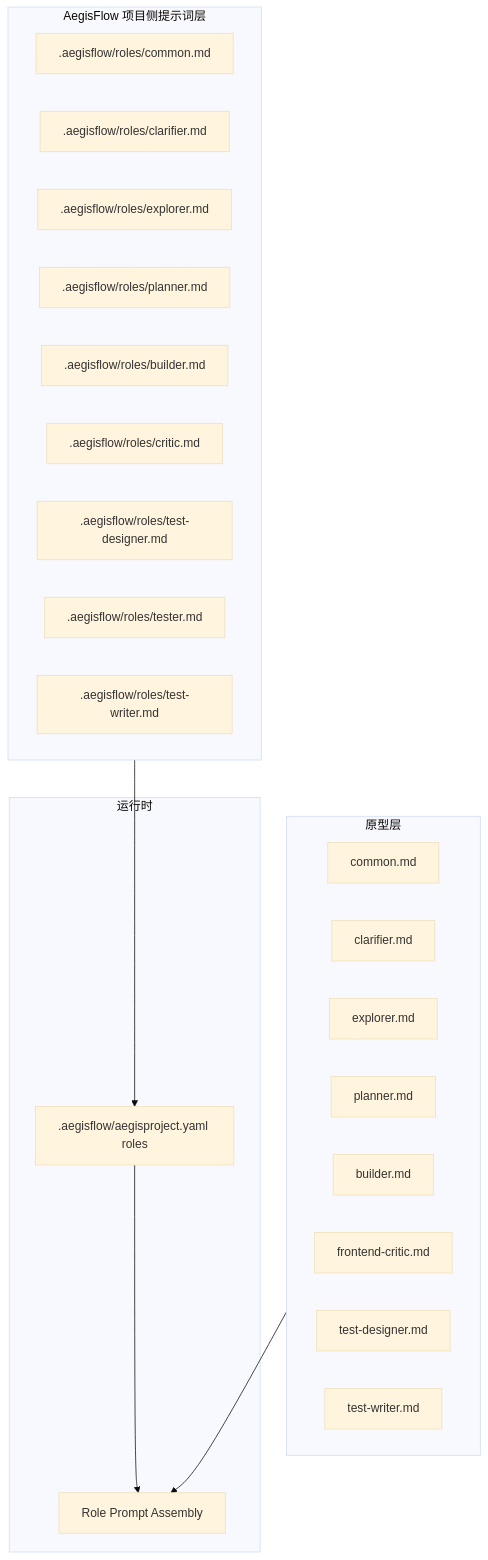
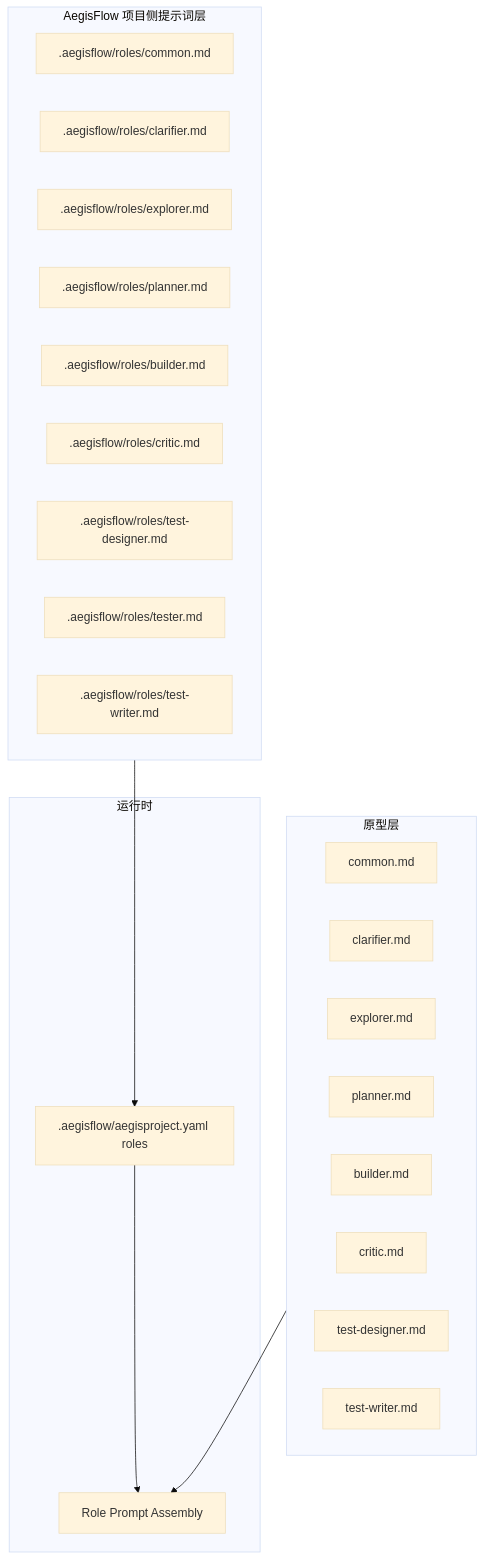
One commit to AryzingKhaos/AegisFlow changed the second of 3 diagrams in roleflow/clarifications/0.1.0/default-workflow-role-prompt-bootstrap-prd.md. Above: the diagram before and after it, drawn with Mermaid (base theme). The commit also changed 17 other files, not shown here.

Commit message:
feat: add README.md and change frontend-critic to critic

````diff
--- a/roleflow/clarifications/0.1.0/default-workflow-role-prompt-bootstrap-prd.md
+++ b/roleflow/clarifications/0.1.0/default-workflow-role-prompt-bootstrap-prd.md
@@ -81,34 +81,34 @@
 ```mermaid
 flowchart TB
     subgraph Prototype["原型层"]
         PC[common.md]
         P1[clarifier.md]
         P2[explorer.md]
         P3[planner.md]
         P4[builder.md]
-        P5[frontend-critic.md]
+        P5[critic.md]
         P6[test-designer.md]
         P7[test-writer.md]
     end
 
     subgraph ProjectPrompt["AegisFlow 项目侧提示词层"]
         C1[.aegisflow/roles/common.md]
         C2[.aegisflow/roles/clarifier.md]
         C3[.aegisflow/roles/explorer.md]
         C4[.aegisflow/roles/planner.md]
         C5[.aegisflow/roles/builder.md]
         C6[.aegisflow/roles/critic.md]
         C7[.aegisflow/roles/test-designer.md]
         C8[.aegisflow/roles/tester.md]
         C9[.aegisflow/roles/test-writer.md]
     end
 
     subgraph Runtime["运行时"]
         CFG[.aegisflow/aegisproject.yaml roles]
         RP[Role Prompt Assembly]
     end
 
     Prototype --> RP
     ProjectPrompt --> CFG
     CFG --> RP
 ```
````
